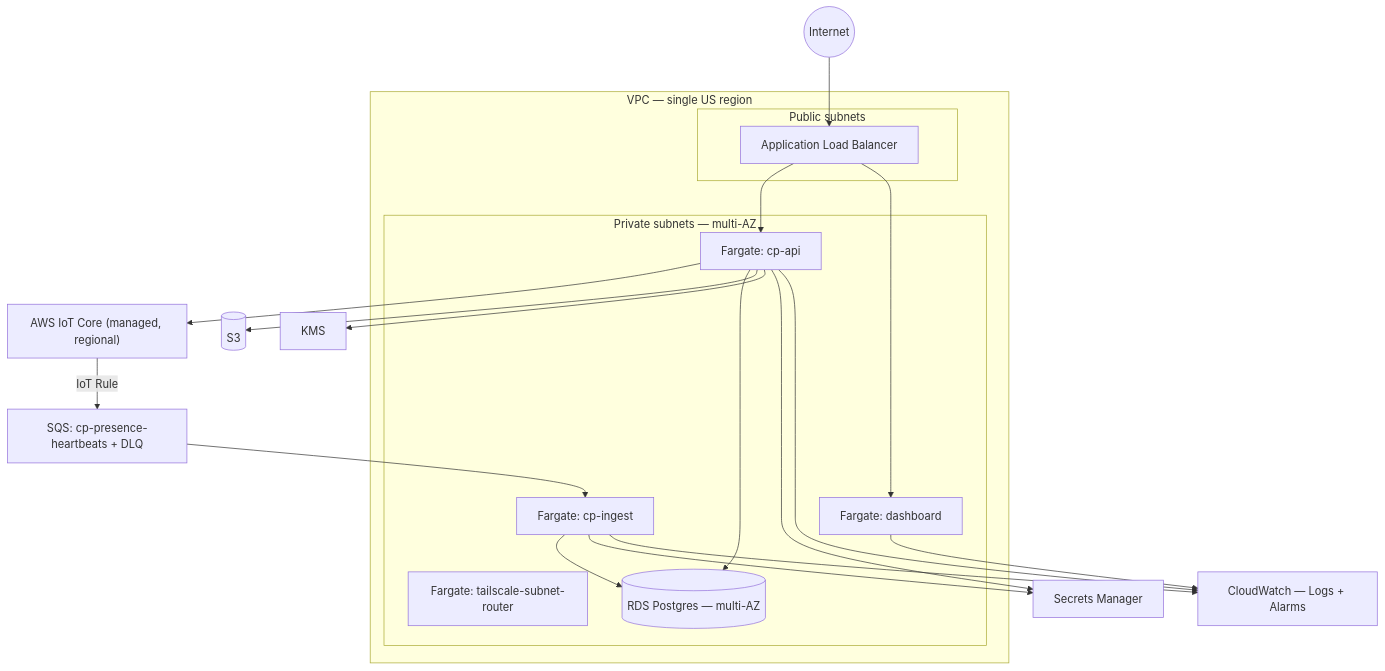
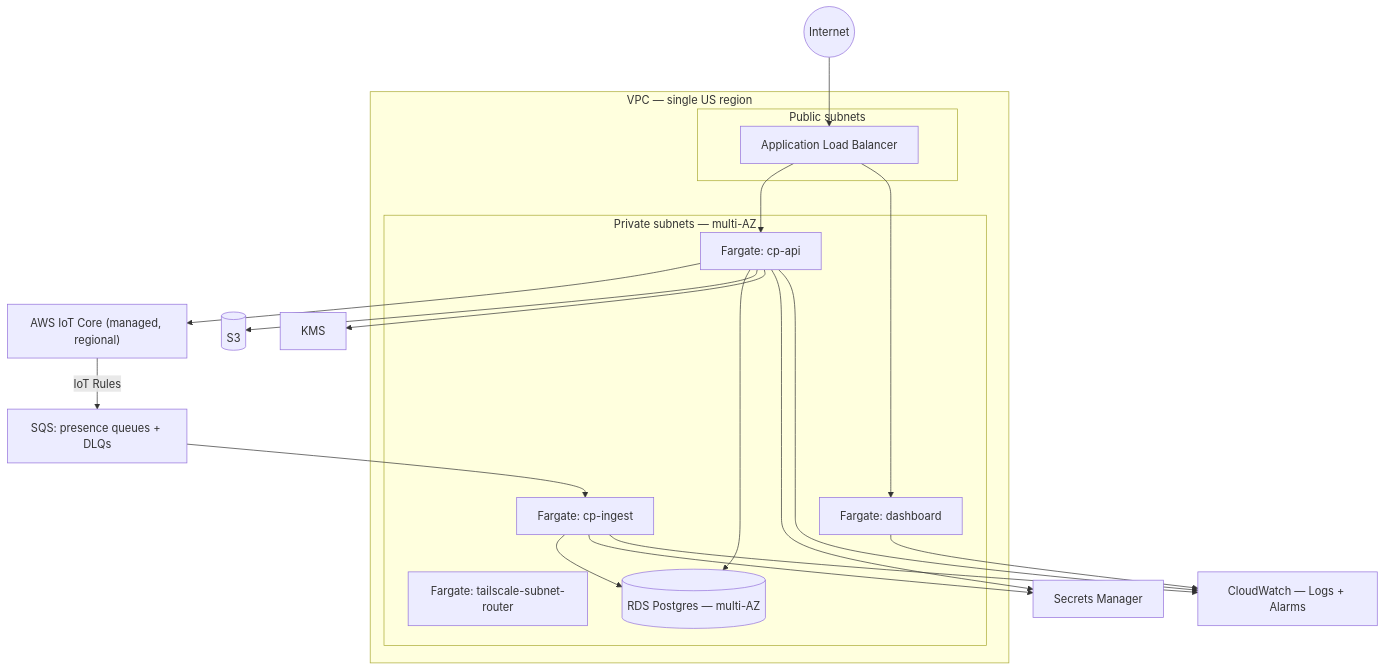
The second of 3 diagrams in docs/architecture.md (emilejacobs/control-plane), drawn with Mermaid before and after one commit. The commit also changed other lines of this file and 1 other file, not shown here.

````diff
--- a/docs/architecture.md
+++ b/docs/architecture.md
@@ -176,39 +178,39 @@
 ```mermaid
 flowchart TB
     internet(("Internet"))
     iot["AWS IoT Core (managed, regional)"]
 
     subgraph vpc["VPC — single US region"]
         subgraph public["Public subnets"]
             alb["Application Load Balancer"]
         end
         subgraph private["Private subnets — multi-AZ"]
             api["Fargate: cp-api"]
             ingest["Fargate: cp-ingest"]
             dash["Fargate: dashboard"]
             tsr["Fargate: tailscale-subnet-router"]
             rds[("RDS Postgres — multi-AZ")]
         end
     end
 
-    sqs["SQS: cp-presence-heartbeats + DLQ"]
+    sqs["SQS: presence queues + DLQs"]
     s3[("S3")]
     kms["KMS"]
     sm["Secrets Manager"]
     cw["CloudWatch — Logs + Alarms"]
 
     internet --> alb
     alb --> api
     alb --> dash
-    iot -->|IoT Rule| sqs --> ingest
+    iot -->|IoT Rules| sqs --> ingest
     api --> iot
     api --> rds
     ingest --> rds
     api --> s3
     api --> kms
     api --> sm
     ingest --> sm
     api --> cw
     ingest --> cw
     dash --> cw
 ```
````
